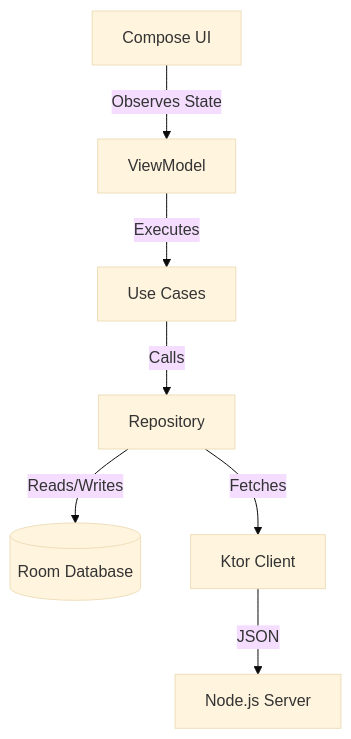
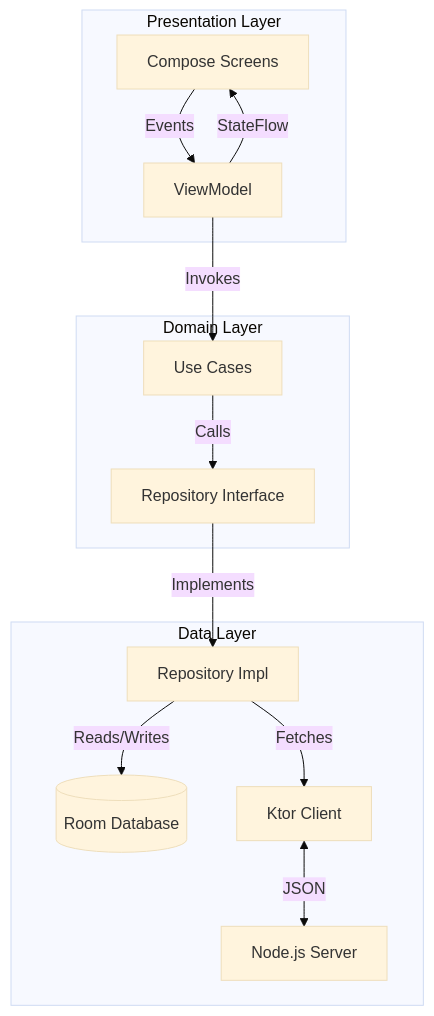
One commit to ShuhamDebnath/UrbanEats-Android changed the diagram in README.md. Above: the diagram before and after it, drawn with Mermaid (base theme). The commit also changed other lines of this file and 57 other files, not shown here.

`````diff
--- a/README.md
+++ b/README.md
@@ -74,9 +91,17 @@
 ```mermaid
 graph TD
-    UI[Compose UI] -->|Observes State| VM[ViewModel]
-    VM -->|Executes| UC[Use Cases]
-    UC -->|Calls| Repo[Repository]
-    Repo -->|Reads/Writes| DB[(Room Database)]
-    Repo -->|Fetches| API[Ktor Client]
-    API -->|JSON| Backend[Node.js Server]
-````
+    subgraph "Presentation Layer"
+        UI[Compose Screens] -->|Events| VM[ViewModel]
+        VM -->|StateFlow| UI
+    end
+    subgraph "Domain Layer"
+        VM -->|Invokes| UC[Use Cases]
+        UC -->|Calls| Repo[Repository Interface]
+    end
+    subgraph "Data Layer"
+        Repo -->|Implements| RepoImpl[Repository Impl]
+        RepoImpl -->|Reads/Writes| DB[(Room Database)]
+        RepoImpl -->|Fetches| API[Ktor Client]
+        API <-->|JSON| Backend[Node.js Server]
+    end 
+  ```
`````
